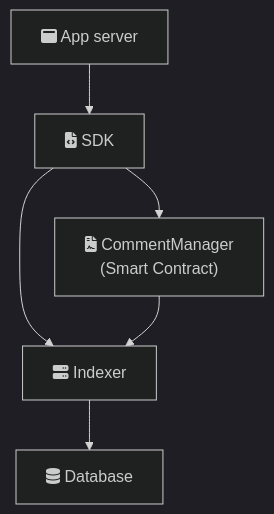
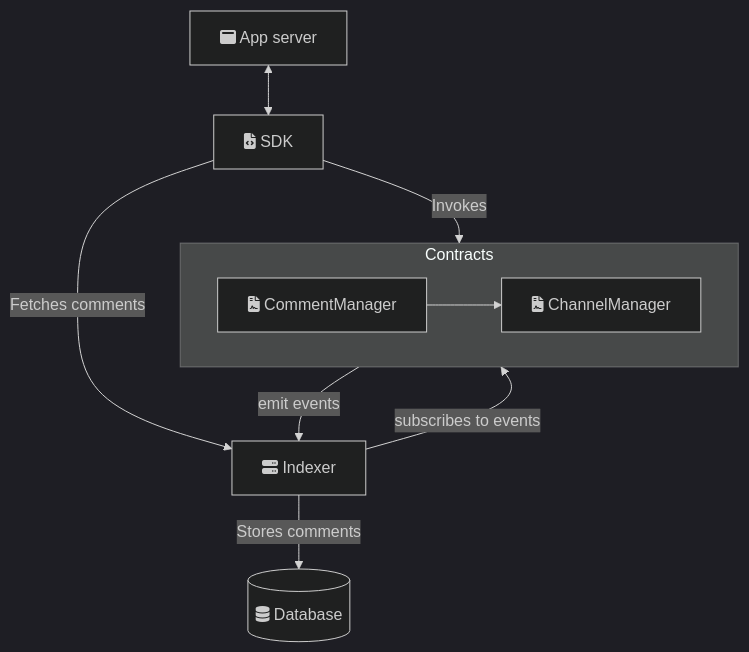
Before and after one commit to ecp-eth/comments-monorepo: the diagram in docs/pages/architecture-overview.mdx, drawn with Mermaid (dark theme). The commit also changed other lines of this file and 1 other file, not shown here.

Commit message:
docs: update channel manager content

````diff
--- a/docs/pages/architecture-overview.mdx
+++ b/docs/pages/architecture-overview.mdx
@@ -7,8 +7,20 @@
 ```mermaid
 graph TD
-    A[fa:fa-window-maximize App server] --> B["fa:fa-file-code SDK"]
-    B --> C["fa:fa-file-contract CommentManager\n(Smart Contract)"]
-    B --> D[fa:fa-server Indexer]
-    D --> E[fa:fa-database Database]
-    C --> D
+    AppServer[fa:fa-window-maximize App server]
+    SDK["fa:fa-file-code SDK"]
+    Contracts["fa:fa-file-contract Contracts\n"]
+    Indexer[fa:fa-server Indexer]
+    Indexer[fa:fa-server Indexer]
+    Database@{ shape: cyl, label: "fa:fa-database Database" }
+
+    AppServer <--> SDK
+    SDK -->|Invokes| Contracts
+    SDK -->|Fetches comments| Indexer
+    Indexer -->|Stores comments| Database
+    Contracts -->|emit events| Indexer
+    Indexer -->|subscribes to events| Contracts
+
+    subgraph "Contracts"
+        CommentManager[fa:fa-file-contract CommentManager] --> ChannelManager[fa:fa-file-contract ChannelManager]
+    end
 ```
````
